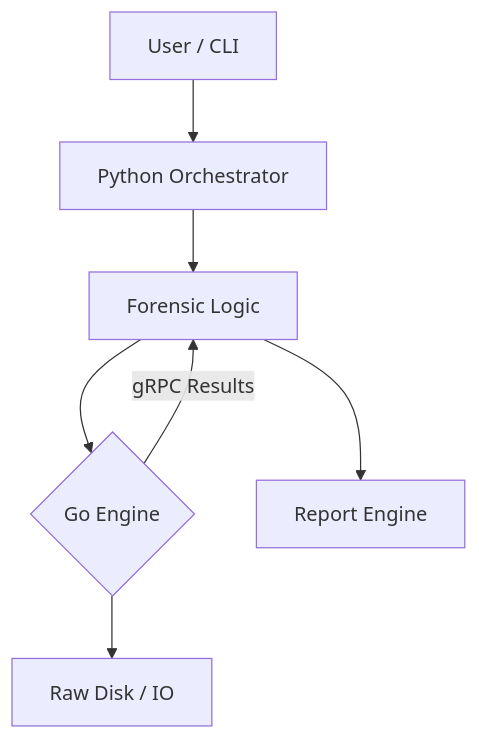
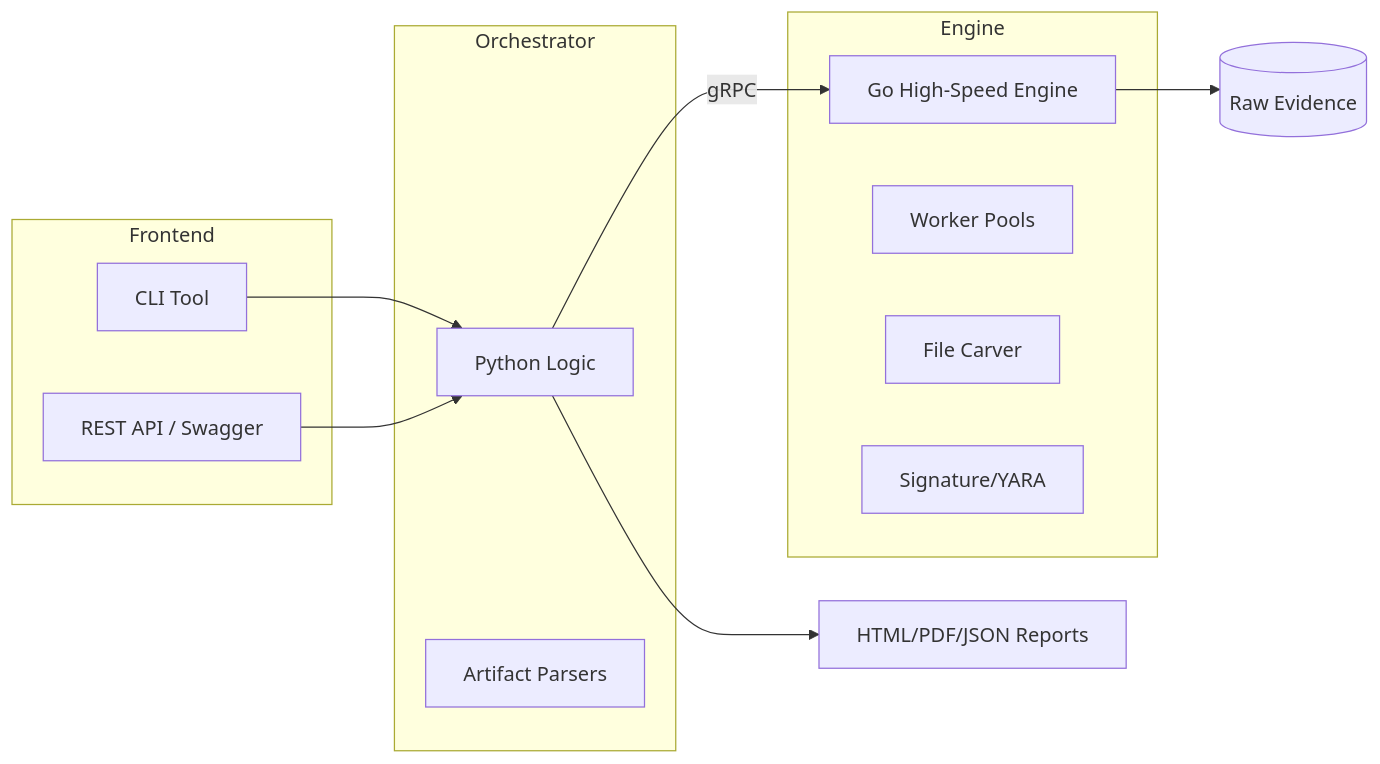
One commit to ismailtsdln/ForenScope changed the diagram in README.md. Above: the diagram before and after it, drawn with Mermaid. The commit also changed other lines of this file and 21 other files, not shown here.

````diff
--- a/README.md
+++ b/README.md
@@ -28,9 +30,25 @@
 ```mermaid
-graph TD
-    User[User / CLI] --> API[Python Orchestrator]
-    API --> Logic[Forensic Logic]
-    Logic --> Go{Go Engine}
-    Go --> Disk[Raw Disk / IO]
-    Go -- gRPC Results --> Logic
-    Logic --> Repo[Report Engine]
+graph LR
+    subgraph Frontend
+        CLI[CLI Tool]
+        Web[REST API / Swagger]
+    end
+    
+    subgraph Orchestrator
+        PyCore[Python Logic]
+        Parser[Artifact Parsers]
+    end
+    
+    subgraph Engine
+        GoEngine[Go High-Speed Engine]
+        Worker[Worker Pools]
+        Carver[File Carver]
+        Scanner[Signature/YARA]
+    end
+
+    CLI --> PyCore
+    Web --> PyCore
+    PyCore -- gRPC --> GoEngine
+    GoEngine --> Disk[(Raw Evidence)]
+    PyCore --> Report[HTML/PDF/JSON Reports]
 ```
````
